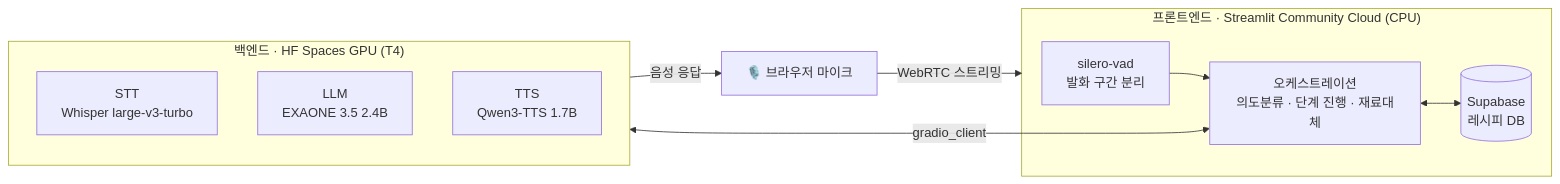
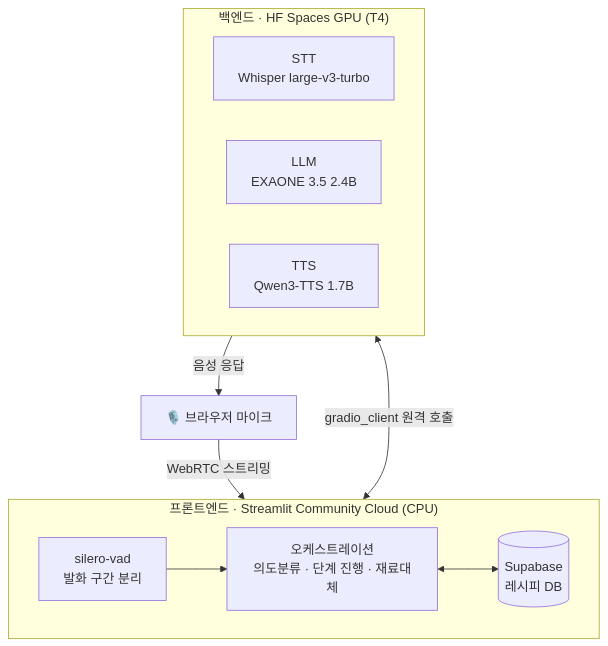
Before and after one commit to seungwook-kim/ChefEar: the diagram in README.md, drawn with Mermaid.

Commit message:
docs: 아키텍처 다이어그램을 세로 배치로 바꿔 가독성 개선
Claude-Session: https://claude.ai/code/session_01Moj6mWt1TVUh5adxAQ9irF

````diff
--- a/README.md
+++ b/README.md
@@ -40,15 +40,17 @@
 ```mermaid
-flowchart LR
-    U["🎙️ 브라우저 마이크"] -->|WebRTC 스트리밍| F
+flowchart TB
+    U["🎙️ 브라우저 마이크"] -->|WebRTC 스트리밍| VAD
     subgraph F["프론트엔드 · Streamlit Community Cloud (CPU)"]
+        direction LR
         VAD["silero-vad<br>발화 구간 분리"] --> ORC["오케스트레이션<br>의도분류 · 단계 진행 · 재료대체"]
         ORC <--> DB[("Supabase<br>레시피 DB")]
     end
-    ORC <-->|gradio_client| B
+    ORC <-->|gradio_client 원격 호출| STT
     subgraph B["백엔드 · HF Spaces GPU (T4)"]
+        direction LR
         STT["STT<br>Whisper large-v3-turbo"]
         LLM["LLM<br>EXAONE 3.5 2.4B"]
         TTS["TTS<br>Qwen3-TTS 1.7B"]
     end
-    B -->|음성 응답| U
+    TTS -->|음성 응답| U
 ```
````
